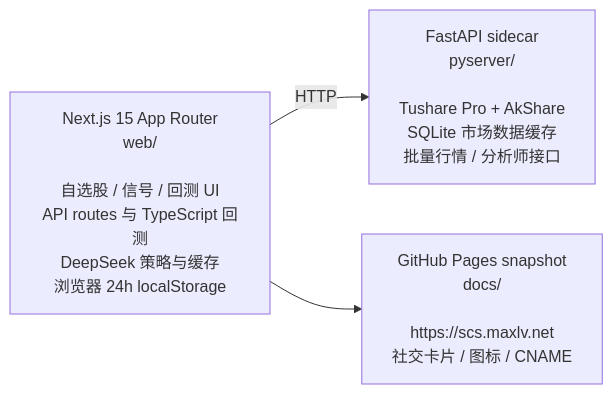
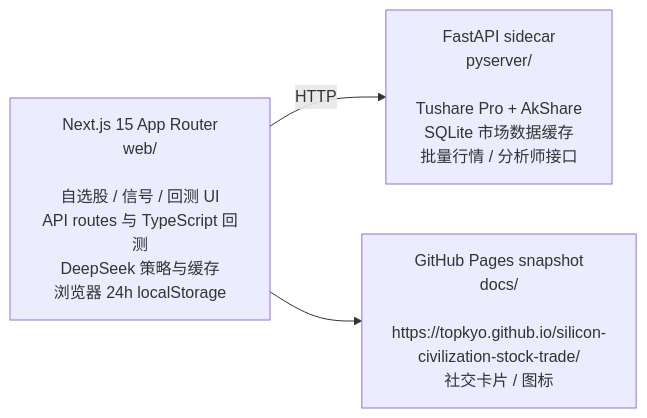
One commit to topkyo/ai-infra-research-template changed the diagram in README.md. Above: the diagram before and after it, drawn with Mermaid. The commit also changed other lines of this file and 5 other files, not shown here.

First line of the commit message:
Point GitHub Pages at topkyo and refresh static snapshot data.

````diff
--- a/README.md
+++ b/README.md
@@ -26,9 +26,9 @@
 ```mermaid
 flowchart LR
   web["Next.js 15 App Router<br/>web/<br/><br/>自选股 / 信号 / 回测 UI<br/>API routes 与 TypeScript 回测<br/>DeepSeek 策略与缓存<br/>浏览器 24h localStorage"]
   py["FastAPI sidecar<br/>pyserver/<br/><br/>Tushare Pro + AkShare<br/>SQLite 市场数据缓存<br/>批量行情 / 分析师接口"]
-  docs["GitHub Pages snapshot<br/>docs/<br/><br/>https://scs.maxlv.net<br/>社交卡片 / 图标 / CNAME"]
+  docs["GitHub Pages snapshot<br/>docs/<br/><br/>https://topkyo.github.io/silicon-civilization-stock-trade/<br/>社交卡片 / 图标"]
 
   web -- HTTP --> py
   web --> docs
 ```
````
